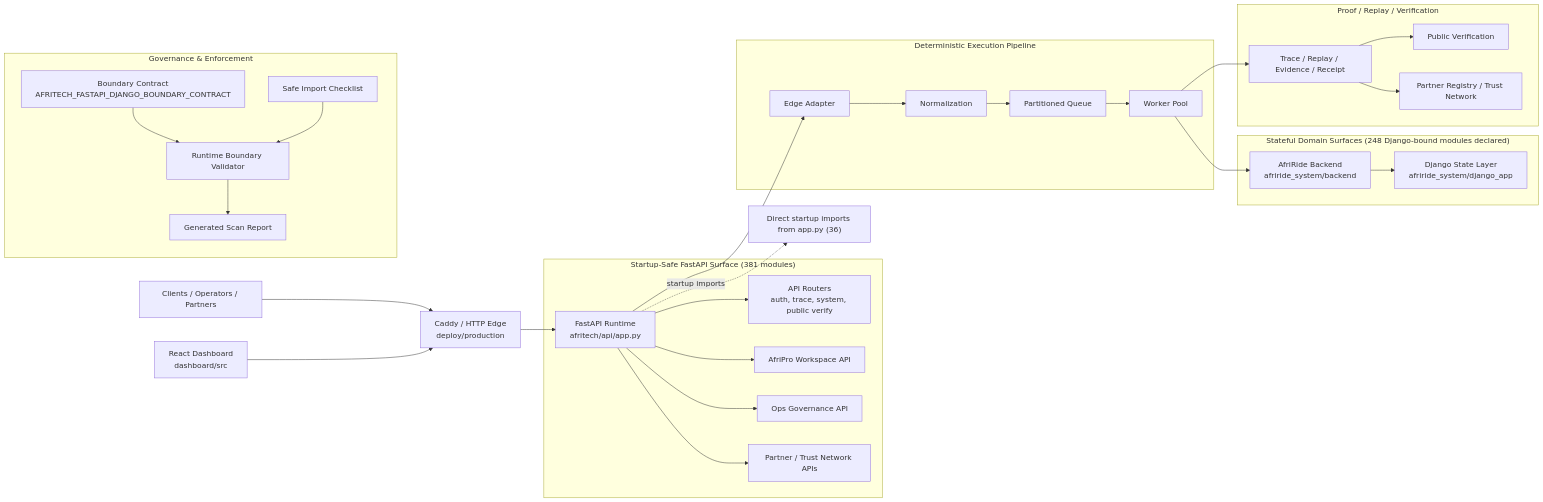
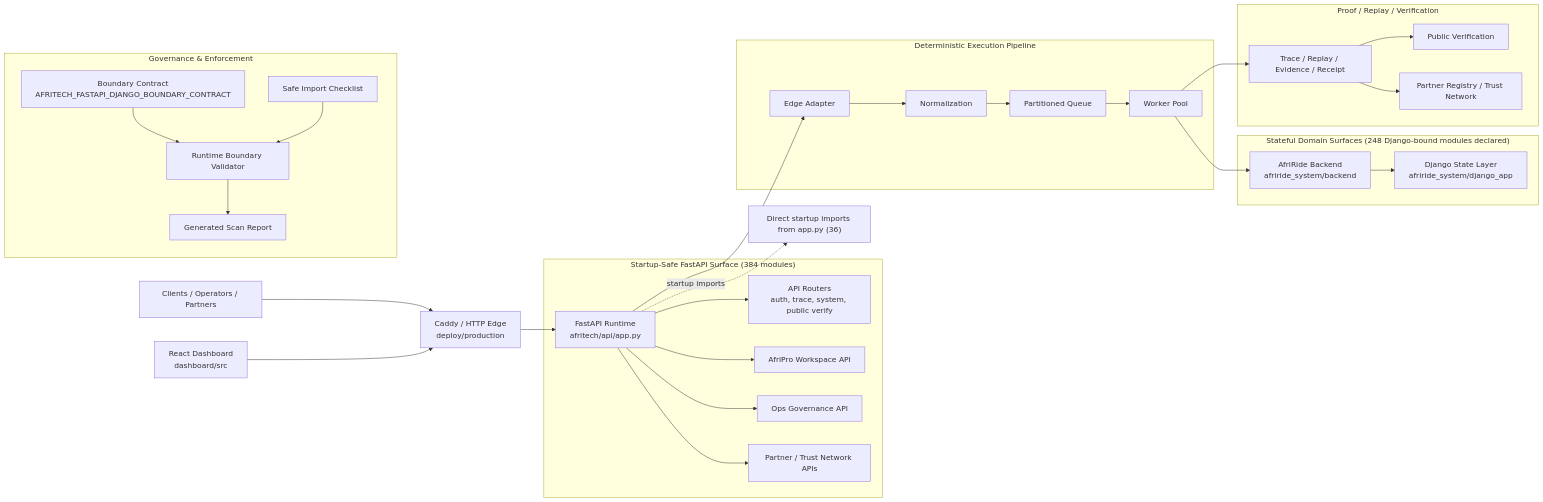
Before and after one commit to Strelly2023/afritelematics: the first of 2 diagrams in docs/architecture/AFRITECH_FULL_ARCHITECTURE_GRAPH.md, drawn with Mermaid. The commit also changed other lines of this file and 15 other files, not shown here.

````diff
--- a/docs/architecture/AFRITECH_FULL_ARCHITECTURE_GRAPH.md
+++ b/docs/architecture/AFRITECH_FULL_ARCHITECTURE_GRAPH.md
@@ -22,39 +22,39 @@
 ```mermaid
 flowchart LR
     Client["Clients / Operators / Partners"] --> Edge["Caddy / HTTP Edge\ndeploy/production"]
     Dashboard["React Dashboard\ndashboard/src"] --> Edge
     Edge --> App["FastAPI Runtime\nafritech/api/app.py"]
 
-    subgraph FastAPI["Startup-Safe FastAPI Surface (381 modules)"]
+    subgraph FastAPI["Startup-Safe FastAPI Surface (384 modules)"]
         App --> Api["API Routers\nauth, trace, system, public verify"]
         App --> Workspace["AfriPro Workspace API"]
         App --> Governance["Ops Governance API"]
         App --> Trust["Partner / Trust Network APIs"]
     end
 
     subgraph Pipeline["Deterministic Execution Pipeline"]
         App --> Adapt["Edge Adapter"]
         Adapt --> Normalize["Normalization"]
         Normalize --> Queue["Partitioned Queue"]
         Queue --> Worker["Worker Pool"]
     end
 
     subgraph State["Stateful Domain Surfaces (248 Django-bound modules declared)"]
         Worker --> Domain["AfriRide Backend\nafriride_system/backend"]
         Domain --> Django["Django State Layer\nafriride_system/django_app"]
     end
 
     subgraph Proof["Proof / Replay / Verification"]
         Worker --> Trace["Trace / Replay / Evidence / Receipt"]
         Trace --> Public["Public Verification"]
         Trace --> Registry["Partner Registry / Trust Network"]
     end
 
     subgraph GovernancePlane["Governance & Enforcement"]
         Contract["Boundary Contract\nAFRITECH_FASTAPI_DJANGO_BOUNDARY_CONTRACT"] --> Validator["Runtime Boundary Validator"]
         Checklist["Safe Import Checklist"] --> Validator
         Validator --> Review["Generated Scan Report"]
     end
 
     App -. startup imports .-> Imports["Direct startup imports from app.py (36)"]
 ```
````
